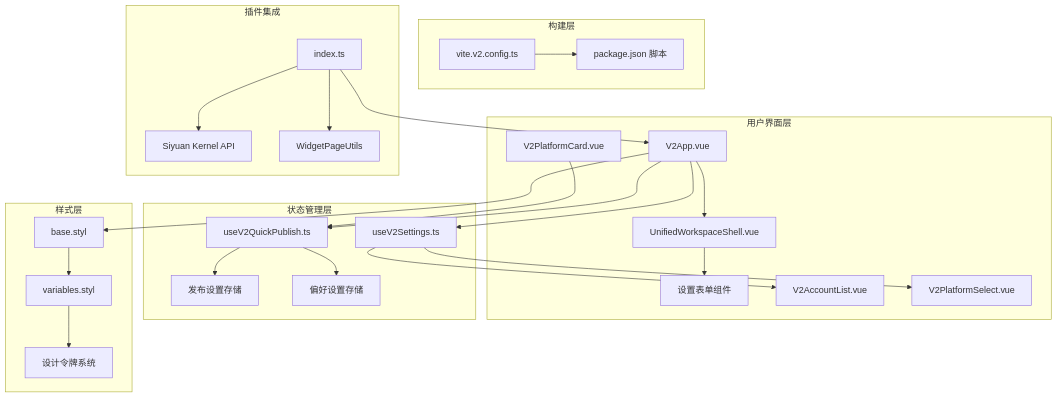
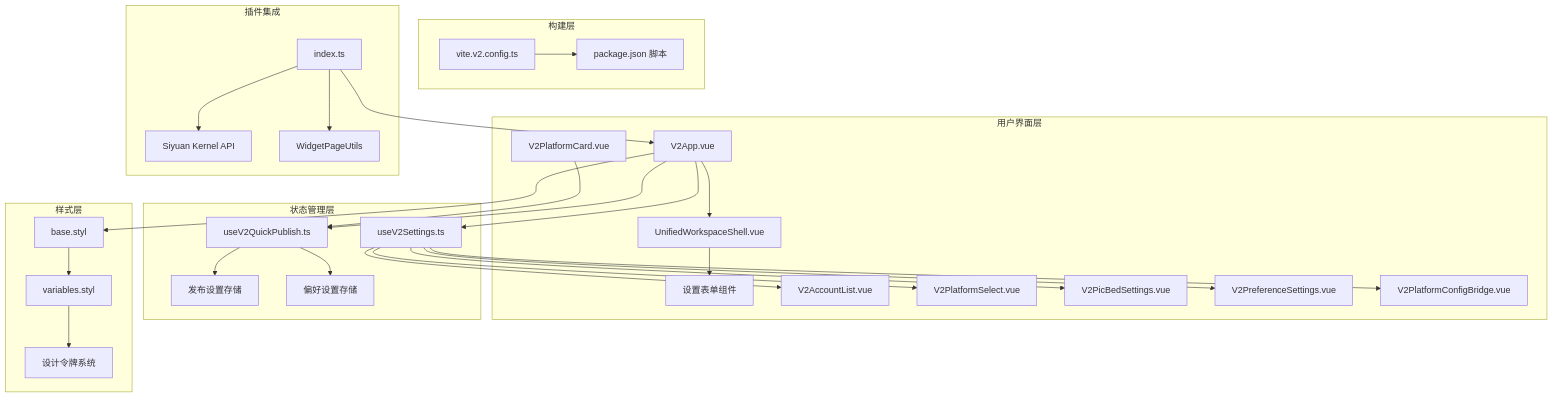
Before and after one commit to terwer/siyuan-plugin-publisher: the fourth of 5 diagrams in .qoder/repowiki/zh/content/用户界面组件/UI V2 里程碑进度.md, drawn with Mermaid. The commit also changed other lines of this file and 27 other files, not shown here.

First line of the commit message:
feat(commonblog): add common blog setting component for platform config

````diff
--- a/.qoder/repowiki/zh/content/用户界面组件/UI V2 里程碑进度.md
+++ b/.qoder/repowiki/zh/content/用户界面组件/UI V2 里程碑进度.md
@@ -222,47 +235,53 @@
 ```mermaid
 graph TB
 subgraph "用户界面层"
 V2App[V2App.vue]
 Shell[UnifiedWorkspaceShell.vue]
 Cards[V2PlatformCard.vue]
 Forms[设置表单组件]
 AccountList[V2AccountList.vue]
 PlatformSelect[V2PlatformSelect.vue]
+PicBedSettings[V2PicBedSettings.vue]
+PreferenceSettings[V2PreferenceSettings.vue]
+PlatformConfigBridge[V2PlatformConfigBridge.vue]
 end
 subgraph "状态管理层"
 QuickStore[useV2QuickPublish.ts]
 SettingsStore[useV2Settings.ts]
 PublishStore[发布设置存储]
 PrefStore[偏好设置存储]
 end
 subgraph "样式层"
 BaseStyles[base.styl]
 VarStyles[variables.styl]
 Theme[设计令牌系统]
 end
 subgraph "构建层"
 ViteConfig[vite.v2.config.ts]
 Scripts[package.json 脚本]
 end
 subgraph "插件集成"
 PluginEntry[index.ts]
 SiyuanAPI[Siyuan Kernel API]
 WidgetPageUtils[WidgetPageUtils]
 end
 V2App --> Shell
 V2App --> QuickStore
 V2App --> SettingsStore
 Shell --> Forms
 Cards --> QuickStore
 SettingsStore --> AccountList
 SettingsStore --> PlatformSelect
+SettingsStore --> PicBedSettings
+SettingsStore --> PreferenceSettings
+SettingsStore --> PlatformConfigBridge
 QuickStore --> PublishStore
 QuickStore --> PrefStore
 V2App --> BaseStyles
 BaseStyles --> VarStyles
 VarStyles --> Theme
 ViteConfig --> Scripts
 PluginEntry --> V2App
 PluginEntry --> SiyuanAPI
 PluginEntry --> WidgetPageUtils
 ```
````
